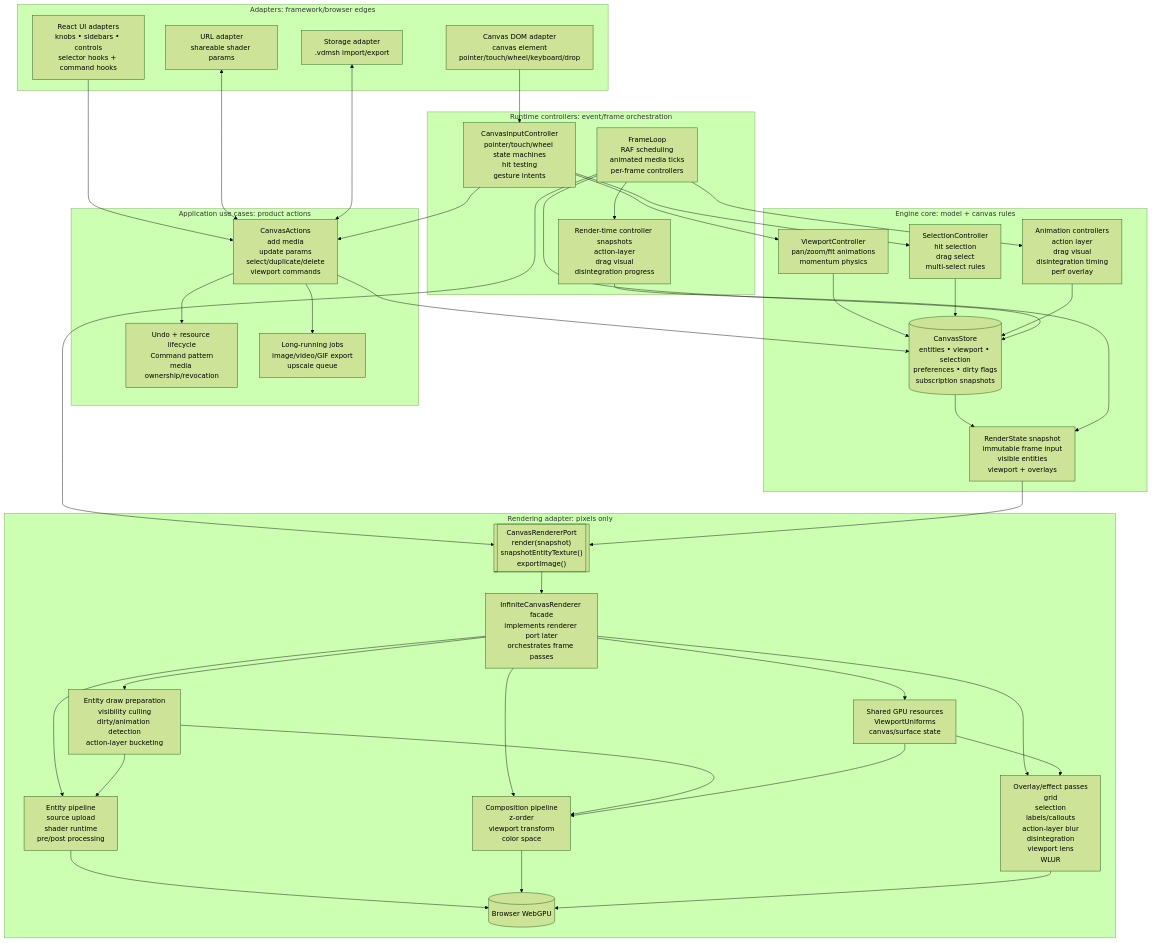
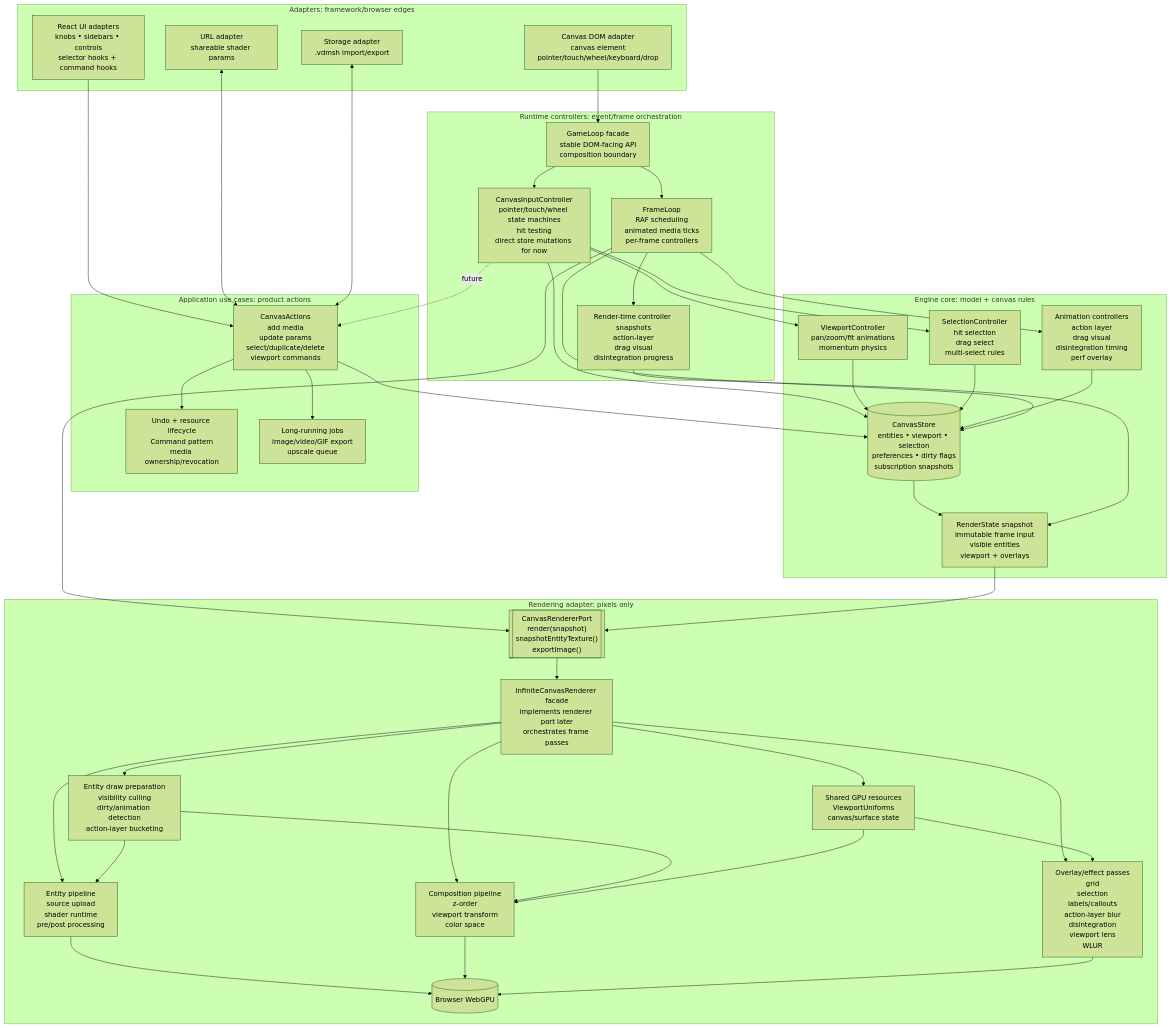
The third of 5 diagrams in ARCHITECTURE.md (ogdakke/voidmesh), drawn with Mermaid (forest theme) before and after one commit. The commit also changed other lines of this file, not shown here.

First line of the commit message:
Update architecture after input controller split

```diff
--- a/ARCHITECTURE.md
+++ b/ARCHITECTURE.md
@@ -280,7 +328,8 @@
   end
 
   subgraph Runtime["Runtime controllers: event/frame orchestration"]
-    inputController["CanvasInputController<br/>pointer/touch/wheel state machines<br/>hit testing<br/>gesture intents"]
+    gameLoopFacade["GameLoop facade<br/>stable DOM-facing API<br/>composition boundary"]
+    inputController["CanvasInputController<br/>pointer/touch/wheel state machines<br/>hit testing<br/>direct store mutations for now"]
     frameLoop["FrameLoop<br/>RAF scheduling<br/>animated media ticks<br/>per-frame controllers"]
     renderRuntime["Render-time controller snapshots<br/>action-layer<br/>drag visual<br/>disintegration progress"]
   end
@@ -305,11 +354,14 @@
   end
 
   reactUI --> actions
-  canvasDOM --> inputController
+  canvasDOM --> gameLoopFacade
+  gameLoopFacade --> inputController
+  gameLoopFacade --> frameLoop
   urlAdapter <--> actions
   storageAdapter <--> actions
 
-  inputController --> actions
+  inputController -. future .-> actions
+  inputController --> store
   inputController --> viewportController
   inputController --> selectionController
   viewportController --> store
```
